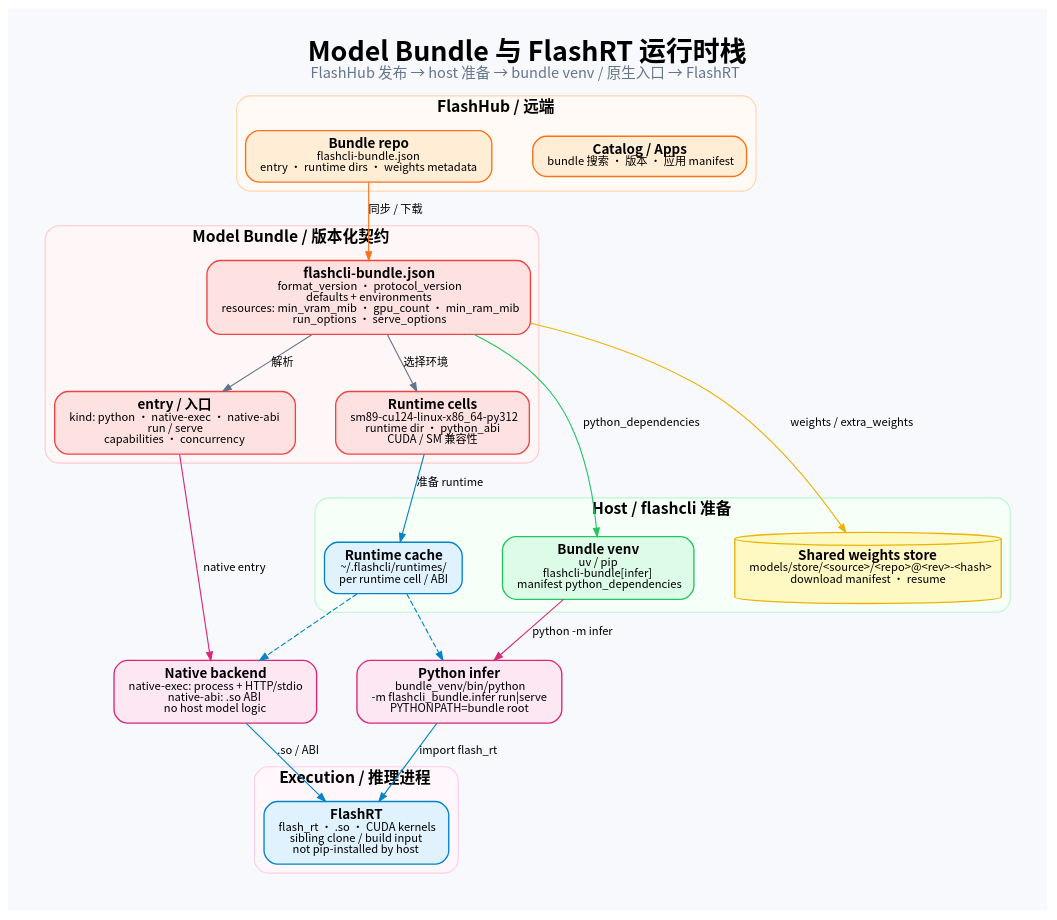
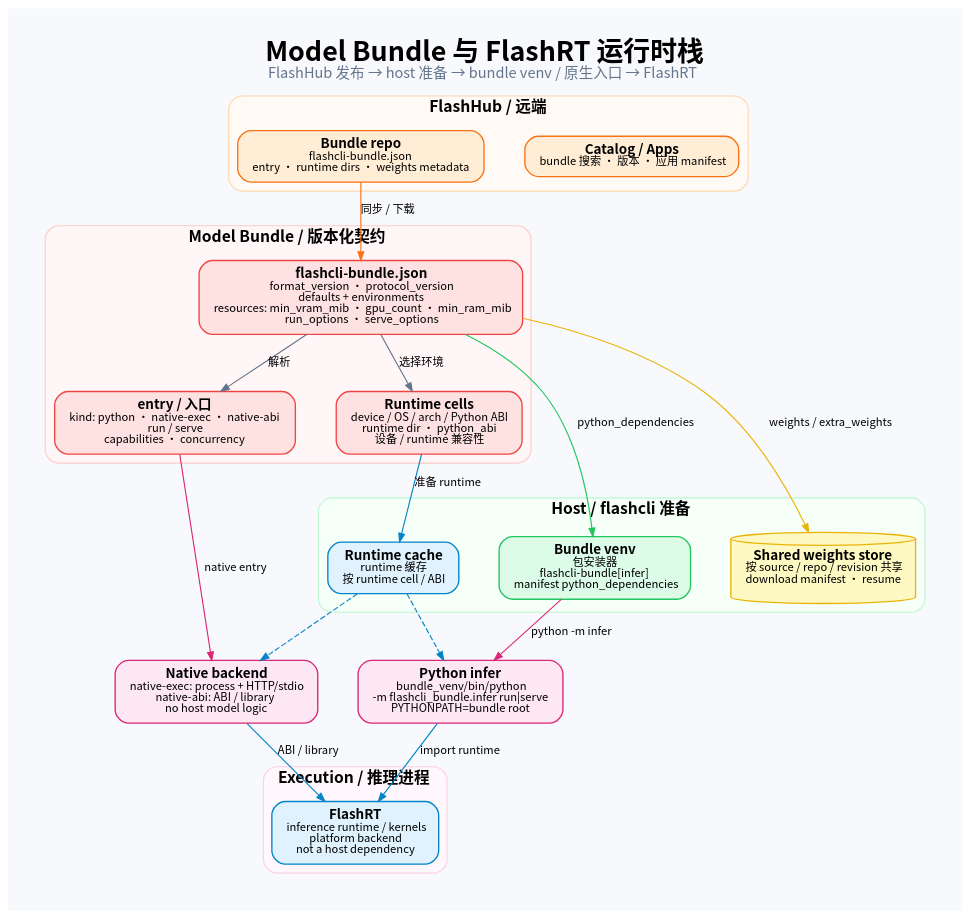
One commit to aodianyun/flashcli changed the diagram in docs/images/bundle-runtime-stack.zh-CN.dot. Above: the diagram before and after it, drawn with Graphviz. The commit also changed 29 other files, not shown here.

First line of the commit message:
docs(architecture): generalize platform and endpoint details

```diff
--- a/docs/images/bundle-runtime-stack.zh-CN.dot
+++ b/docs/images/bundle-runtime-stack.zh-CN.dot
@@ -1,49 +1,49 @@
 digraph BundleRuntimeStack {
   graph [rankdir=TB, bgcolor="#f7f9fc", pad=0.35, nodesep=0.5, ranksep=0.55,
          fontname="Noto Sans CJK SC", fontsize=24, labelloc="t",
          label=<<B>Model Bundle 与 FlashRT 运行时栈</B><BR/><FONT POINT-SIZE="13" COLOR="#64748b">FlashHub 发布 → host 准备 → bundle venv / 原生入口 → FlashRT</FONT>>];
   node [shape=box, style="rounded,filled", fontname="Noto Sans CJK SC",
         fontsize=12, margin="0.18,0.10", penwidth=1.2, color="#94a3b8"];
   edge [fontname="Noto Sans CJK SC", fontsize=10, color="#64748b", arrowsize=0.75];
 
   subgraph cluster_hub {
     label=<<B>FlashHub / 远端</B>>; fontsize=14; color="#fed7aa"; style="rounded,filled"; fillcolor="#fffaf5";
     catalog [fillcolor="#ffedd5", color="#f97316", label=<<B>Catalog / Apps</B><BR/><FONT POINT-SIZE="10">bundle 搜索 · 版本 · 应用 manifest</FONT>>];
     repo [fillcolor="#ffedd5", color="#f97316", label=<<B>Bundle repo</B><BR/><FONT POINT-SIZE="10">flashcli-bundle.json<BR/>entry · runtime dirs · weights metadata</FONT>>];
   }
 
   subgraph cluster_bundle {
     label=<<B>Model Bundle / 版本化契约</B>>; fontsize=14; color="#fecaca"; style="rounded,filled"; fillcolor="#fff7f7";
     manifest [fillcolor="#fee2e2", color="#ef4444", label=<<B>flashcli-bundle.json</B><BR/><FONT POINT-SIZE="10">format_version · protocol_version<BR/>defaults + environments<BR/>resources: min_vram_mib · gpu_count · min_ram_mib<BR/>run_options · serve_options</FONT>>];
     entry [fillcolor="#fee2e2", color="#ef4444", label=<<B>entry / 入口</B><BR/><FONT POINT-SIZE="10">kind: python · native-exec · native-abi<BR/>run / serve<BR/>capabilities · concurrency</FONT>>];
-    cells [fillcolor="#fee2e2", color="#ef4444", label=<<B>Runtime cells</B><BR/><FONT POINT-SIZE="10">sm89-cu124-linux-x86_64-py312<BR/>runtime dir · python_abi<BR/>CUDA / SM 兼容性</FONT>>];
+    cells [fillcolor="#fee2e2", color="#ef4444", label=<<B>Runtime cells</B><BR/><FONT POINT-SIZE="10">device / OS / arch / Python ABI<BR/>runtime dir · python_abi<BR/>设备 / runtime 兼容性</FONT>>];
   }
 
   subgraph cluster_host {
     label=<<B>Host / flashcli 准备</B>>; fontsize=14; color="#bbf7d0"; style="rounded,filled"; fillcolor="#f7fff9";
-    venv [fillcolor="#dcfce7", color="#22c55e", label=<<B>Bundle venv</B><BR/><FONT POINT-SIZE="10">uv / pip<BR/>flashcli-bundle[infer]<BR/>manifest python_dependencies</FONT>>];
-    weights [shape=cylinder, fillcolor="#fef9c3", color="#eab308", label=<<B>Shared weights store</B><BR/><FONT POINT-SIZE="10">models/store/&lt;source&gt;/&lt;repo&gt;@&lt;rev&gt;-&lt;hash&gt;<BR/>download manifest · resume</FONT>>];
-    runtime [fillcolor="#e0f2fe", color="#0284c7", label=<<B>Runtime cache</B><BR/><FONT POINT-SIZE="10">~/.flashcli/runtimes/<BR/>per runtime cell / ABI</FONT>>];
+    venv [fillcolor="#dcfce7", color="#22c55e", label=<<B>Bundle venv</B><BR/><FONT POINT-SIZE="10">包安装器<BR/>flashcli-bundle[infer]<BR/>manifest python_dependencies</FONT>>];
+    weights [shape=cylinder, fillcolor="#fef9c3", color="#eab308", label=<<B>Shared weights store</B><BR/><FONT POINT-SIZE="10">按 source / repo / revision 共享<BR/>download manifest · resume</FONT>>];
+    runtime [fillcolor="#e0f2fe", color="#0284c7", label=<<B>Runtime cache</B><BR/><FONT POINT-SIZE="10">runtime 缓存<BR/>按 runtime cell / ABI</FONT>>];
   }
 
   subgraph cluster_exec {
     label=<<B>Execution / 推理进程</B>>; fontsize=14; color="#fbcfe8"; style="rounded,filled"; fillcolor="#fff7fb";
     py [fillcolor="#fce7f3", color="#db2777", label=<<B>Python infer</B><BR/><FONT POINT-SIZE="10">bundle_venv/bin/python<BR/>-m flashcli_bundle.infer run|serve<BR/>PYTHONPATH=bundle root</FONT>>];
-    native [fillcolor="#fce7f3", color="#db2777", label=<<B>Native backend</B><BR/><FONT POINT-SIZE="10">native-exec: process + HTTP/stdio<BR/>native-abi: .so ABI<BR/>no host model logic</FONT>>];
-    flashrt [fillcolor="#e0f2fe", color="#0284c7", label=<<B>FlashRT</B><BR/><FONT POINT-SIZE="10">flash_rt · .so · CUDA kernels<BR/>sibling clone / build input<BR/>not pip-installed by host</FONT>>];
+    native [fillcolor="#fce7f3", color="#db2777", label=<<B>Native backend</B><BR/><FONT POINT-SIZE="10">native-exec: process + HTTP/stdio<BR/>native-abi: ABI / library<BR/>no host model logic</FONT>>];
+    flashrt [fillcolor="#e0f2fe", color="#0284c7", label=<<B>FlashRT</B><BR/><FONT POINT-SIZE="10">inference runtime / kernels<BR/>platform backend<BR/>not a host dependency</FONT>>];
   }
 
   repo -> manifest [label="同步 / 下载", color="#f97316"];
   manifest -> entry [label="解析"];
   manifest -> cells [label="选择环境"];
   manifest -> venv [label="python_dependencies", color="#22c55e"];
   manifest -> weights [label="weights / extra_weights", color="#eab308"];
   cells -> runtime [label="准备 runtime", color="#0284c7"];
   venv -> py [label="python -m infer", color="#db2777"];
   entry -> native [label="native entry", color="#db2777"];
-  py -> flashrt [label="import flash_rt", color="#0284c7"];
-  native -> flashrt [label=".so / ABI", color="#0284c7"];
+  py -> flashrt [label="import runtime", color="#0284c7"];
+  native -> flashrt [label="ABI / library", color="#0284c7"];
   runtime -> py [style=dashed, color="#0284c7"];
   runtime -> native [style=dashed, color="#0284c7"];
   { rank=same; py; native; }
 }
```
